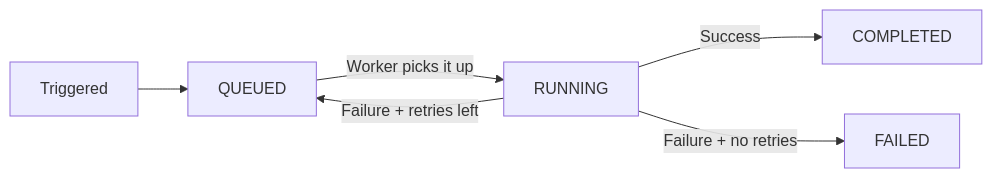
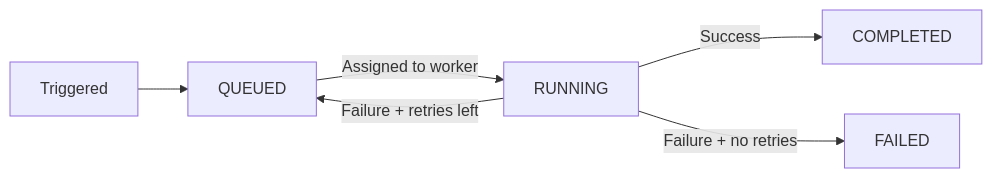
One commit to hatchet-dev/hatchet changed the diagram in frontend/docs/pages/concepts/tasks.mdx. Above: the diagram before and after it, drawn with Mermaid. The commit also changed 17 other files, not shown here.

````diff
--- a/frontend/docs/pages/concepts/tasks.mdx
+++ b/frontend/docs/pages/concepts/tasks.mdx
@@ -35,8 +35,8 @@
 ```mermaid
 graph LR
     Triggered --> QUEUED
-    QUEUED -->|Worker picks it up| RUNNING
+    QUEUED -->|Assigned to worker| RUNNING
     RUNNING -->|Success| COMPLETED
     RUNNING -->|Failure + retries left| QUEUED
     RUNNING -->|Failure + no retries| FAILED
 ```
````
